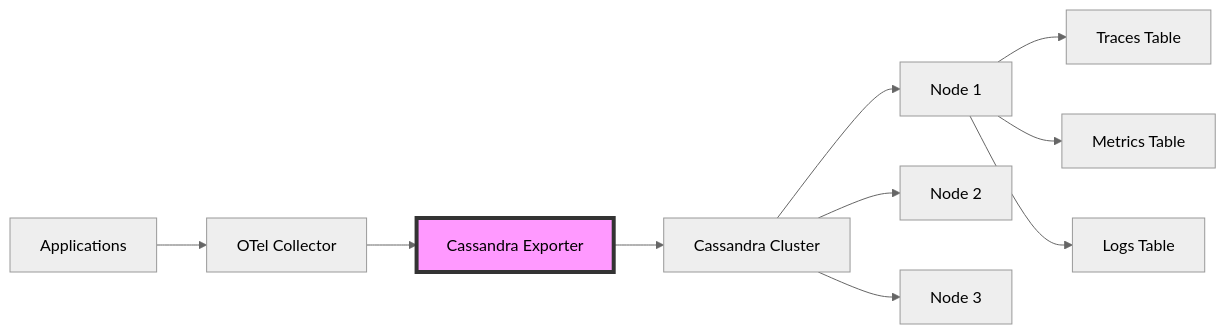
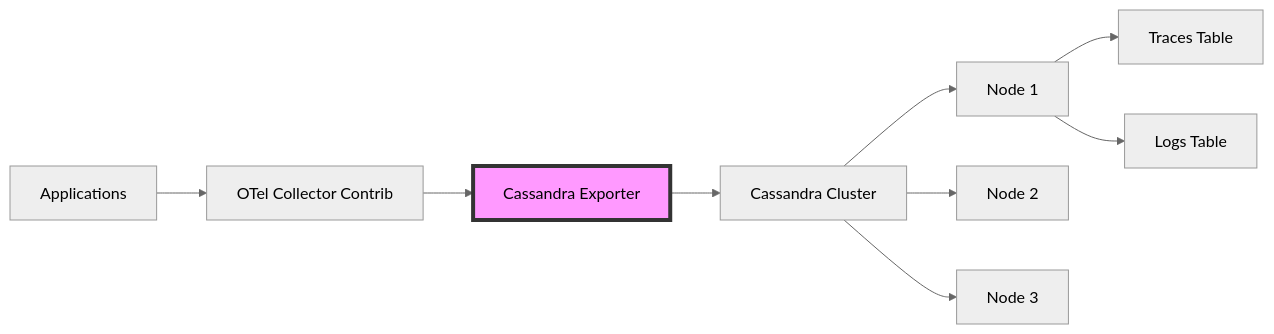
Before and after one commit to OneUptime/blog: the diagram in posts/2026-02-06-cassandra-exporter-opentelemetry-collector/README.md, drawn with Mermaid (neutral theme). The commit also changed other lines of this file and 2 other files, not shown here.

Commit message:
validate: 2026-02-06-cassandra-exporter-opentelemetry-collector

````diff
--- a/posts/2026-02-06-cassandra-exporter-opentelemetry-collector/README.md
+++ b/posts/2026-02-06-cassandra-exporter-opentelemetry-collector/README.md
@@ -17,13 +17,12 @@
 ```mermaid
 graph LR
-    A[Applications] --> B[OTel Collector]
+    A[Applications] --> B[OTel Collector Contrib]
     B --> C[Cassandra Exporter]
     C --> D[Cassandra Cluster]
     D --> E[Node 1]
     D --> F[Node 2]
     D --> G[Node 3]
     E --> H[Traces Table]
-    E --> I[Metrics Table]
-    E --> J[Logs Table]
+    E --> I[Logs Table]
     style C fill:#f9f,stroke:#333,stroke-width:4px
 ```
````
